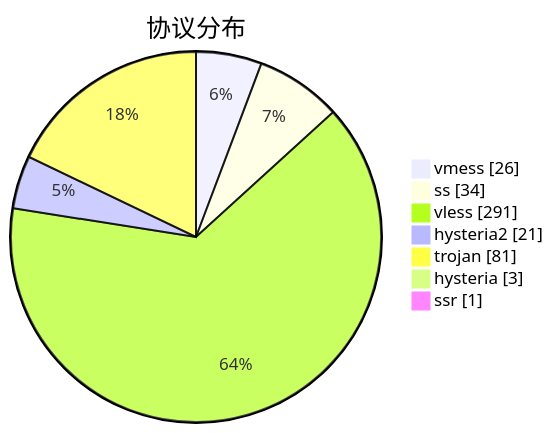
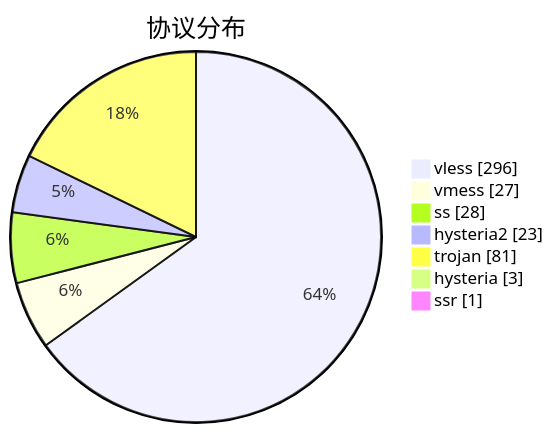
One commit to sinspired/airport changed the third of 3 diagrams in subs/statistics/tested_within.md. Above: the diagram before and after it, drawn with Mermaid. The commit also changed other lines of this file and 2 other files, not shown here.

````diff
--- a/subs/statistics/tested_within.md
+++ b/subs/statistics/tested_within.md
@@ -41,11 +40,11 @@
 ```mermaid
 pie showData
 title 协议分布
-"vmess" : 26
-"ss" : 34
-"vless" : 291
-"hysteria2" : 21
+"vless" : 296
+"vmess" : 27
+"ss" : 28
+"hysteria2" : 23
 "trojan" : 81
 "hysteria" : 3
 "ssr" : 1
 ```
````
